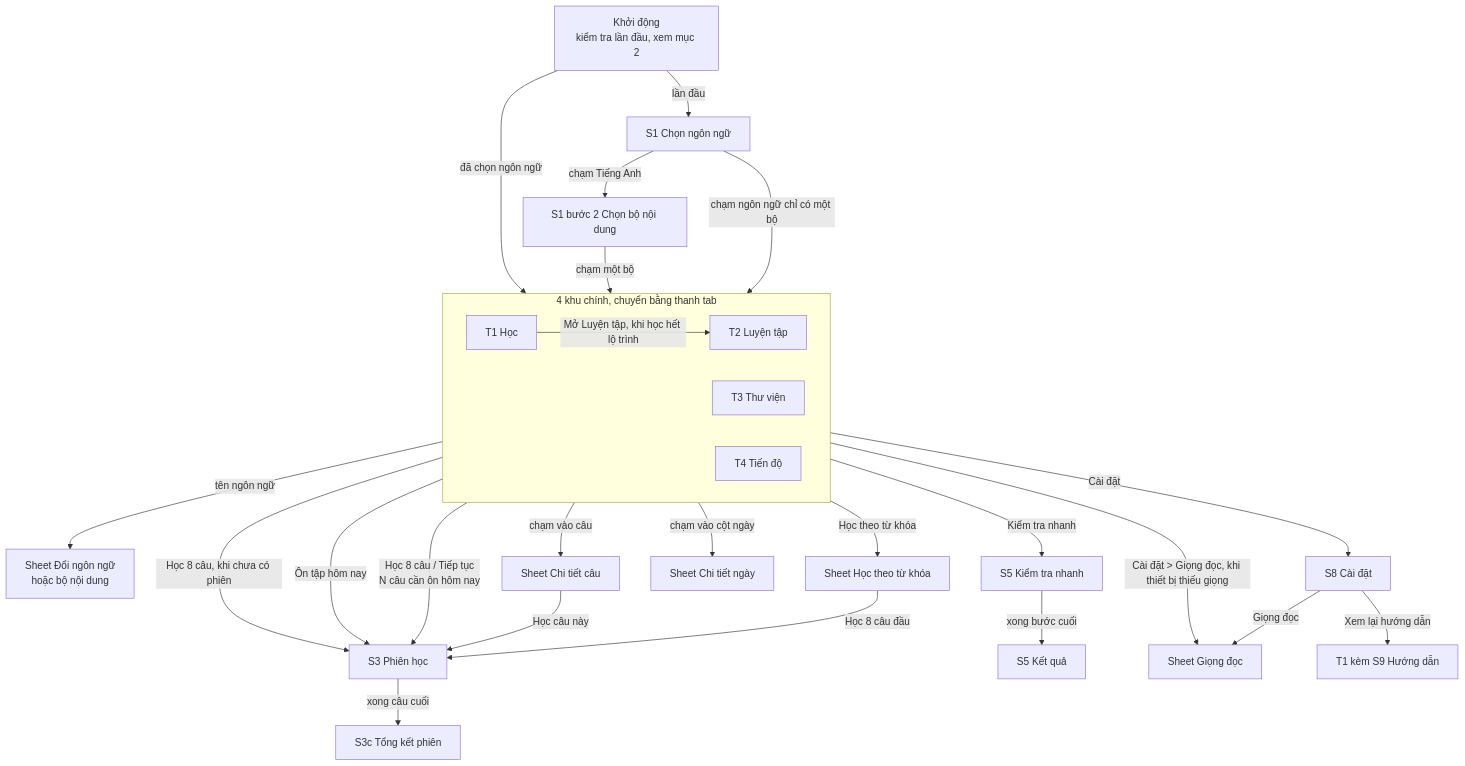
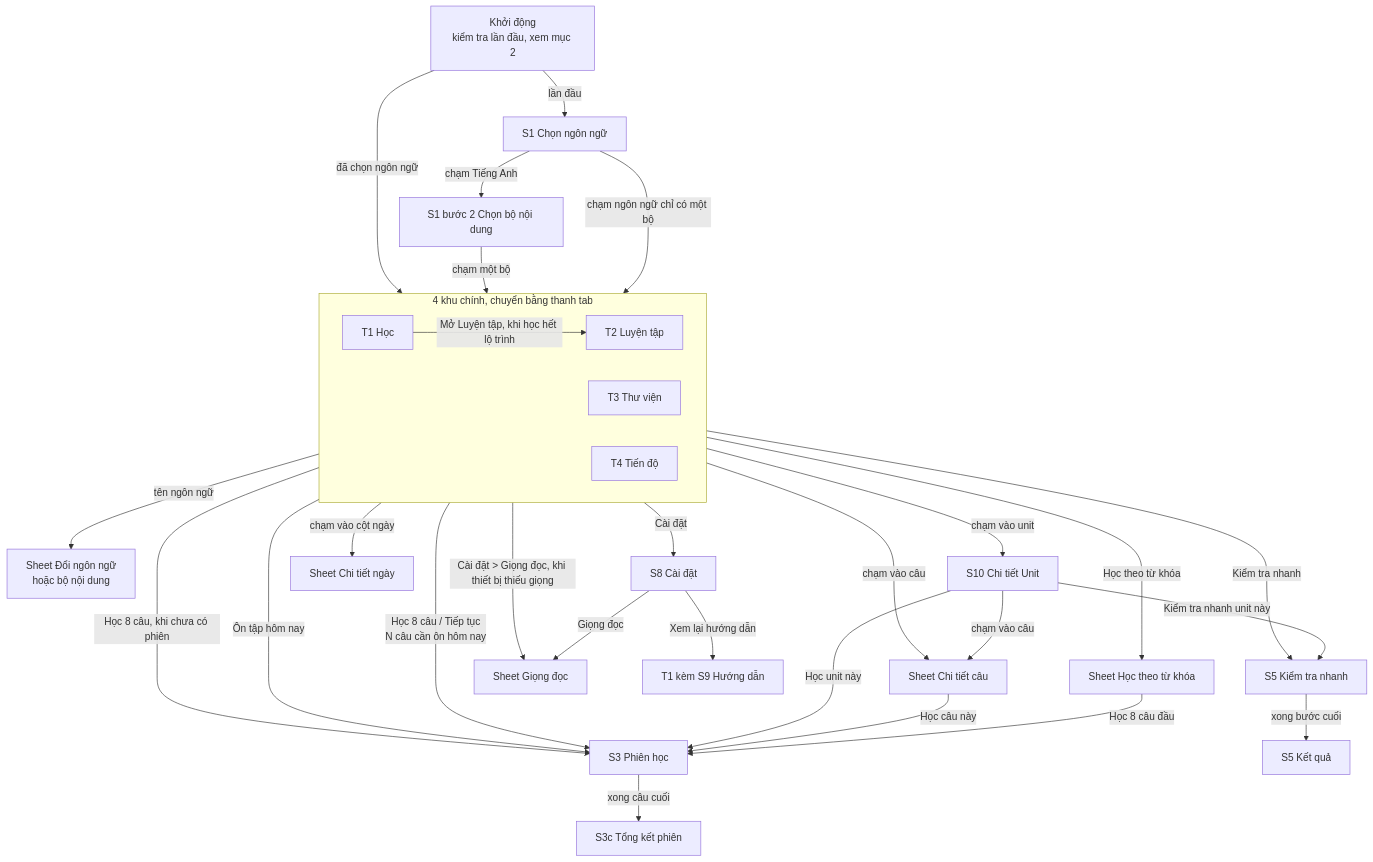
The third of 10 diagrams in docs/new/navigation.md (A-Star-X/dangonngu), drawn with Mermaid before and after one commit. The commit also changed other lines of this file and 12 other files, not shown here.

Commit message:
spec: Đợt 5 việc 3: Thư viện có cách xem Unit (T3-08 đến T3-10), khu mới S10 Chi tiết Unit, nguồn phiên unit (S3-01, DATA-06, T4-06, APP-04), sơ đồ điều hướng

````diff
--- a/docs/new/navigation.md
+++ b/docs/new/navigation.md
@@ -96,58 +96,66 @@
 ```mermaid
 flowchart TD
   BOOT["Khởi động<br/>kiểm tra lần đầu, xem mục 2"] -->|"lần đầu"| L["S1 Chọn ngôn ngữ"]
   %% @spec APP-05
   L -->|"chạm ngôn ngữ chỉ có một bộ"| TABS
   %% @spec S1-04
   L -->|"chạm Tiếng Anh"| PK["S1 bước 2 Chọn bộ nội dung"]
   %% @spec S1-07
   PK -->|"chạm một bộ"| TABS
   %% @spec S1-07
   BOOT -->|"đã chọn ngôn ngữ"| TABS
   %% @spec APP-05
 
   subgraph TABS["4 khu chính, chuyển bằng thanh tab"]
     %% @spec APP-01, C5-01
     direction LR
     H["T1 Học"]
     P["T2 Luyện tập"]
     B["T3 Thư viện"]
     G["T4 Tiến độ"]
   end
 
   TABS -->|"tên ngôn ngữ"| LS["Sheet Đổi ngôn ngữ<br/>hoặc bộ nội dung"]
   %% @spec APP-02, APP-06
   TABS -->|"Cài đặt"| ST["S8 Cài đặt"]
   %% @spec APP-02
 
   H -->|"Học 8 câu / Tiếp tục<br/>N câu cần ôn hôm nay"| S["S3 Phiên học"]
   %% @spec T1-02, T1-04
   H -->|"Mở Luyện tập, khi học hết lộ trình"| P
   %% @spec T1-05
   P -->|"Ôn tập hôm nay"| S
   %% @spec T2-02
   P -->|"Học theo từ khóa"| C["Sheet Học theo từ khóa"]
   %% @spec T2-03
   C -->|"Học 8 câu đầu"| S
   %% @spec T2-03
   P -->|"Kiểm tra nhanh"| K["S5 Kiểm tra nhanh"]
   %% @spec T2-04
   K -->|"xong bước cuối"| KR["S5 Kết quả"]
   %% @spec S5-07
   B -->|"chạm vào câu"| D["Sheet Chi tiết câu"]
   %% @spec T3-05
   D -->|"Học câu này"| S
   %% @spec T3-05
+  B -->|"chạm vào unit"| U["S10 Chi tiết Unit"]
+  %% @spec T3-09
+  U -->|"Học unit này"| S
+  %% @spec S10-04
+  U -->|"Kiểm tra nhanh unit này"| K
+  %% @spec S10-04
+  U -->|"chạm vào câu"| D
+  %% @spec S10-05
   G -->|"chạm vào cột ngày"| GD["Sheet Chi tiết ngày"]
   %% @spec T4-07
   G -->|"Học 8 câu, khi chưa có phiên"| S
   %% @spec T4-08
   S -->|"xong câu cuối"| SR["S3c Tổng kết phiên"]
   %% @spec S3-02, S3-06
   ST -->|"Giọng đọc"| V["Sheet Giọng đọc"]
   %% @spec S8-02
   H -->|"Cài đặt > Giọng đọc, khi thiết bị thiếu giọng"| V
   %% @spec C1-05
   ST -->|"Xem lại hướng dẫn"| HD["T1 kèm S9 Hướng dẫn"]
   %% @spec S8-06, S9-05
 ```
````
